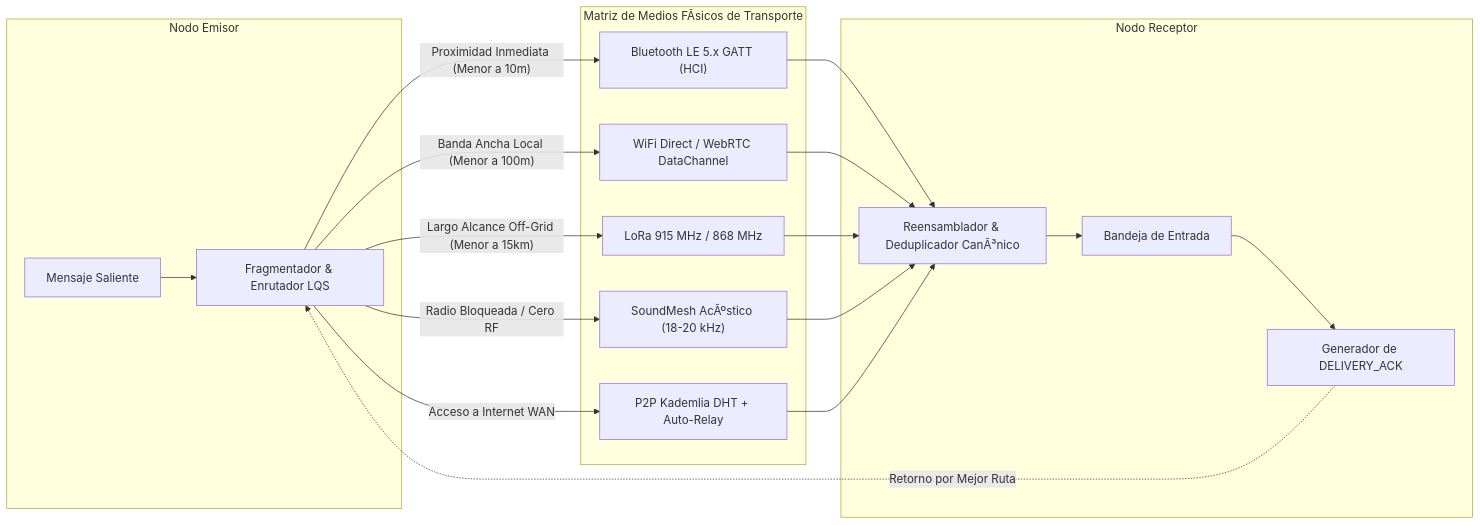
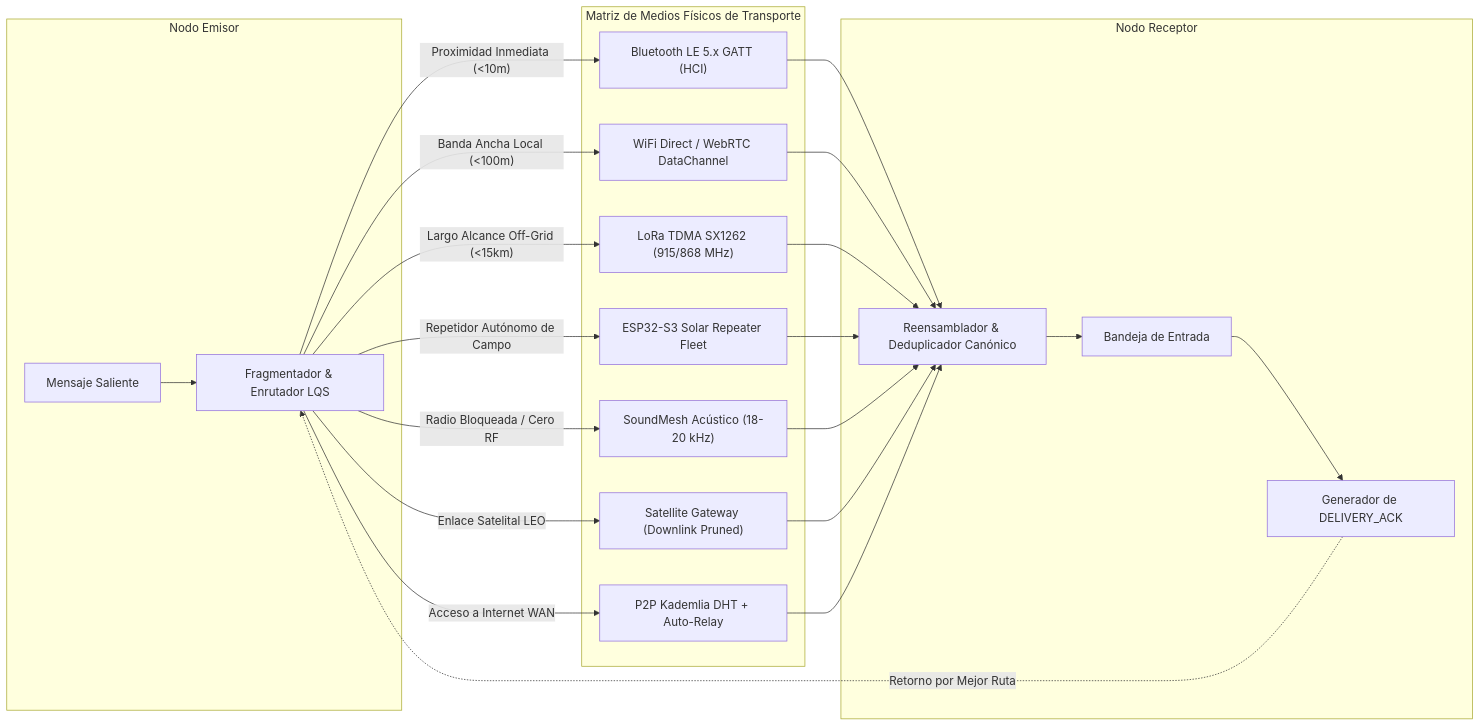
One commit to DarckRovert/RED changed the fourth of 8 diagrams in ARCHITECTURE.md. Above: the diagram before and after it, drawn with Mermaid. The commit also changed other lines of this file and 76 other files, not shown here.

Commit message:
chore(release): v99.0.0 Geohash Spatial DTN & TDMA Solar Repeater Edition

````diff
--- a/ARCHITECTURE.md
+++ b/ARCHITECTURE.md
@@ -202,26 +208,30 @@
 ```mermaid
 graph LR
     subgraph EMISOR ["Nodo Emisor"]
         OUT_MSG["Mensaje Saliente"] --> PACKETIZER["Fragmentador & Enrutador LQS"]
     end
 
-    subgraph MEDIOS_DE_TRANSMISION ["Matriz de Medios FÃ­sicos de Transporte"]
-        PACKETIZER -->|"Proximidad Inmediata (Menor a 10m)"| BLE["Bluetooth LE 5.x GATT (HCI)"]
-        PACKETIZER -->|"Banda Ancha Local (Menor a 100m)"| WIFI_D["WiFi Direct / WebRTC DataChannel"]
-        PACKETIZER -->|"Largo Alcance Off-Grid (Menor a 15km)"| LORA["LoRa 915 MHz / 868 MHz"]
-        PACKETIZER -->|"Radio Bloqueada / Cero RF"| SOUND["SoundMesh AcÃºstico (18-20 kHz)"]
+    subgraph MEDIOS_DE_TRANSMISION ["Matriz de Medios Físicos de Transporte"]
+        PACKETIZER -->|"Proximidad Inmediata (<10m)"| BLE["Bluetooth LE 5.x GATT (HCI)"]
+        PACKETIZER -->|"Banda Ancha Local (<100m)"| WIFI_D["WiFi Direct / WebRTC DataChannel"]
+        PACKETIZER -->|"Largo Alcance Off-Grid (<15km)"| TDMA_LORA["LoRa TDMA SX1262 (915/868 MHz)"]
+        PACKETIZER -->|"Repetidor Autónomo de Campo"| REPEATER["ESP32-S3 Solar Repeater Fleet"]
+        PACKETIZER -->|"Radio Bloqueada / Cero RF"| SOUND["SoundMesh Acústico (18-20 kHz)"]
+        PACKETIZER -->|"Enlace Satelital LEO"| SAT["Satellite Gateway (Downlink Pruned)"]
         PACKETIZER -->|"Acceso a Internet WAN"| WAN_KAD["P2P Kademlia DHT + Auto-Relay"]
     end
 
     subgraph RECEPTOR ["Nodo Receptor"]
-        BLE --> DEPACKETIZER["Reensamblador & Deduplicador CanÃ³nico"]
+        BLE --> DEPACKETIZER["Reensamblador & Deduplicador Canónico"]
         WIFI_D --> DEPACKETIZER
-        LORA --> DEPACKETIZER
+        TDMA_LORA --> DEPACKETIZER
+        REPEATER --> DEPACKETIZER
         SOUND --> DEPACKETIZER
+        SAT --> DEPACKETIZER
         WAN_KAD --> DEPACKETIZER
         DEPACKETIZER --> IN_MSG["Bandeja de Entrada"]
         IN_MSG --> ACK_GEN["Generador de DELIVERY_ACK"]
     end
 
     ACK_GEN -.->|"Retorno por Mejor Ruta"| PACKETIZER
 ```
````
